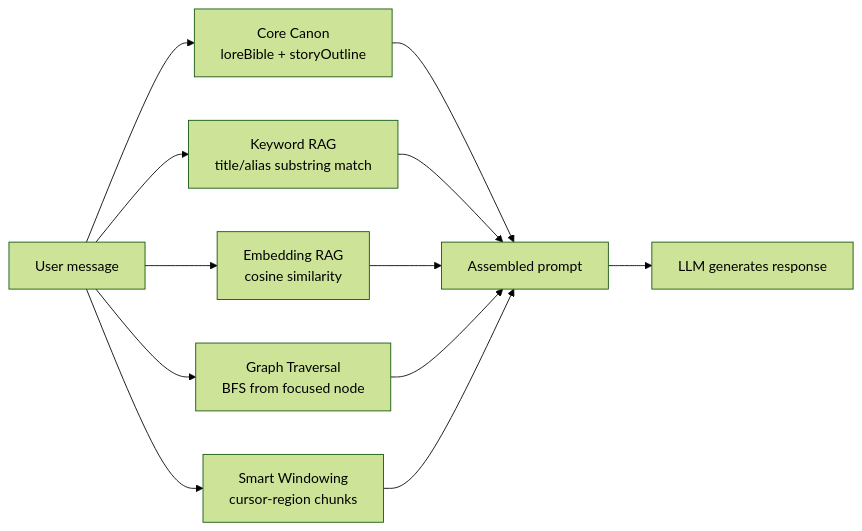
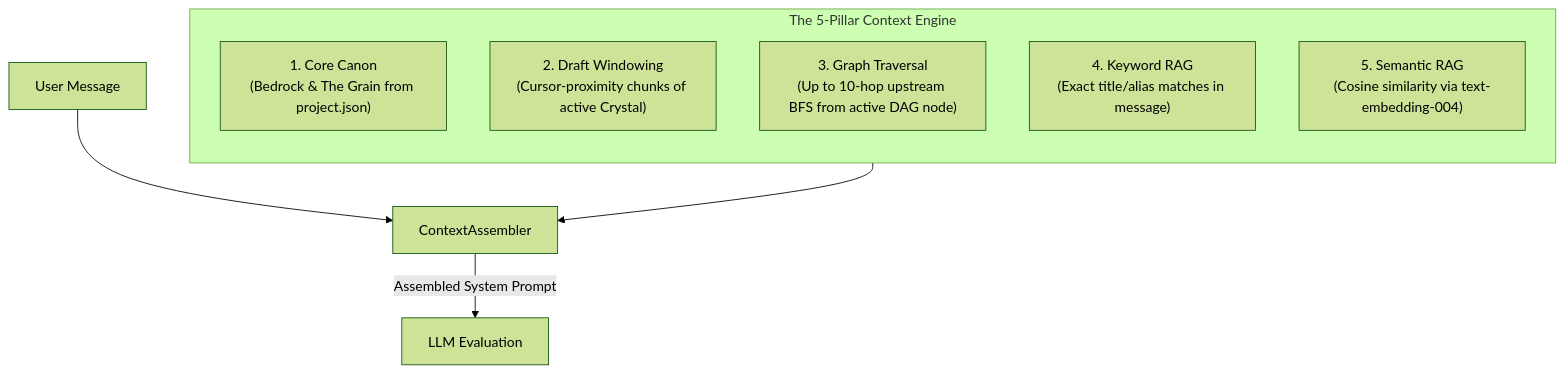
Before and after one commit to 7368697661/rhyolite: the second of 5 diagrams in README.md, drawn with Mermaid (forest theme). The commit also changed other lines of this file and 164 other files, not shown here.

````diff
--- a/README.md
+++ b/README.md
@@ -175,14 +135,16 @@
 ```mermaid
-flowchart LR
-    Msg["User message"] --> Canon["Core Canon<br/>loreBible + storyOutline"]
-    Msg --> KW["Keyword RAG<br/>title/alias substring match"]
-    Msg --> Emb["Embedding RAG<br/>cosine similarity"]
-    Msg --> DAG["Graph Traversal<br/>BFS from focused node"]
-    Msg --> Win["Smart Windowing<br/>cursor-region chunks"]
-    Canon --> Prompt["Assembled prompt"]
-    KW --> Prompt
-    Emb --> Prompt
-    DAG --> Prompt
-    Win --> Prompt
-    Prompt --> LLM["LLM generates response"]
+flowchart TD
+    UserMsg["User Message"] --> ContextAssembler
+    
+    subgraph Pillars ["The 5-Pillar Context Engine"]
+        direction TB
+        P1["1. Core Canon<br/>(Bedrock & The Grain from project.json)"]
+        P2["2. Draft Windowing<br/>(Cursor-proximity chunks of active Crystal)"]
+        P3["3. Graph Traversal<br/>(Up to 10-hop upstream BFS from active DAG node)"]
+        P4["4. Keyword RAG<br/>(Exact title/alias matches in message)"]
+        P5["5. Semantic RAG<br/>(Cosine similarity via text-embedding-004)"]
+    end
+    
+    Pillars --> ContextAssembler
+    ContextAssembler -->|Assembled System Prompt| LLM["LLM Evaluation"]
 ```
````
